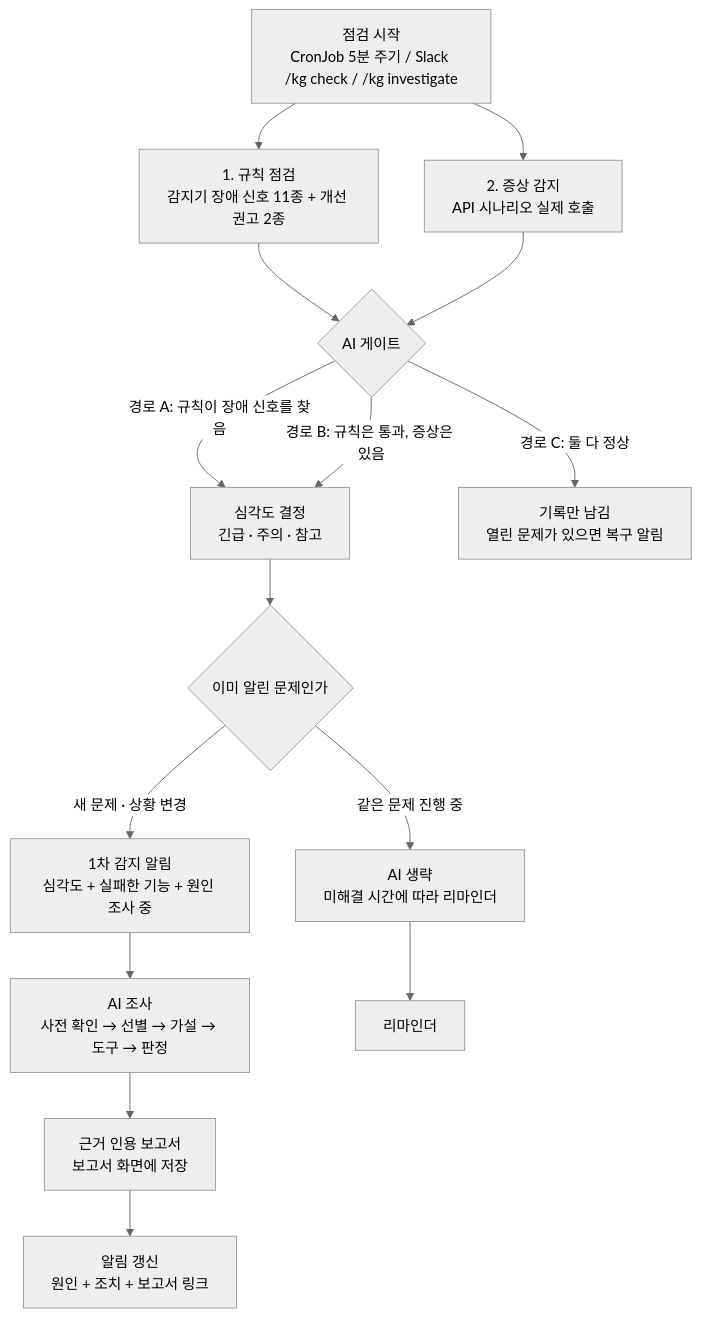
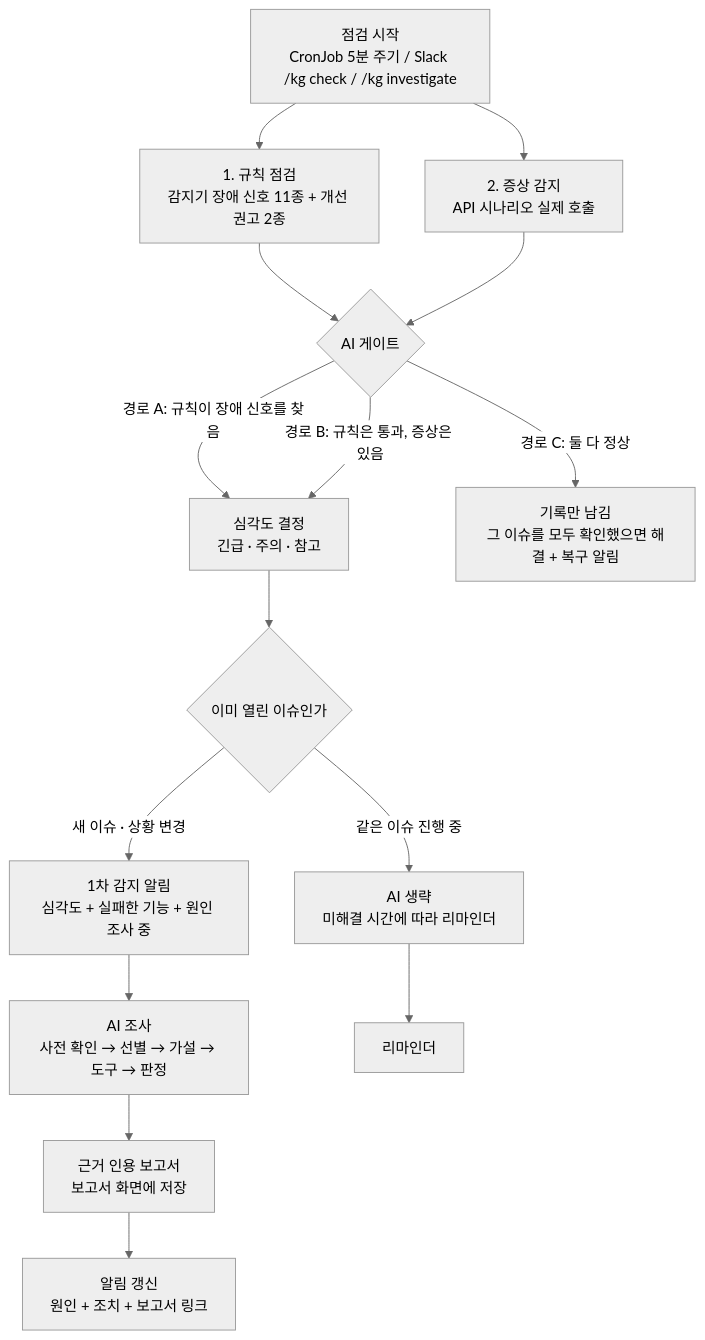
The first of 3 diagrams in docs/01-project-proposal.md (skax-jihyeryu/KubeGuardian), drawn with Mermaid (neutral theme) before and after one commit. The commit also changed other lines of this file, not shown here.

````diff
--- a/docs/01-project-proposal.md
+++ b/docs/01-project-proposal.md
@@ -81,17 +81,17 @@
 ```mermaid
 flowchart TB
     T[점검 시작<br/>CronJob 5분 주기 / Slack /kg check / /kg investigate] --> R[1. 규칙 점검<br/>감지기 장애 신호 11종 + 개선 권고 2종]
     T --> S[2. 증상 감지<br/>API 시나리오 실제 호출]
     R --> G{AI 게이트}
     S --> G
     G -->|경로 A: 규칙이 장애 신호를 찾음| SEV[심각도 결정<br/>긴급 · 주의 · 참고]
     G -->|경로 B: 규칙은 통과, 증상은 있음| SEV
-    G -->|경로 C: 둘 다 정상| OK[기록만 남김<br/>열린 문제가 있으면 복구 알림]
-    SEV --> D{이미 알린 문제인가}
-    D -->|새 문제 · 상황 변경| N1[1차 감지 알림<br/>심각도 + 실패한 기능 + 원인 조사 중]
+    G -->|경로 C: 둘 다 정상| OK[기록만 남김<br/>그 이슈를 모두 확인했으면 해결 + 복구 알림]
+    SEV --> D{이미 열린 이슈인가}
+    D -->|새 이슈 · 상황 변경| N1[1차 감지 알림<br/>심각도 + 실패한 기능 + 원인 조사 중]
     N1 --> AI[AI 조사<br/>사전 확인 → 선별 → 가설 → 도구 → 판정]
-    D -->|같은 문제 진행 중| SKIP[AI 생략<br/>미해결 시간에 따라 리마인더]
+    D -->|같은 이슈 진행 중| SKIP[AI 생략<br/>미해결 시간에 따라 리마인더]
     AI --> REP[근거 인용 보고서<br/>보고서 화면에 저장]
     REP --> N[알림 갱신<br/>원인 + 조치 + 보고서 링크]
     SKIP --> RM[리마인더]
 ```
````
